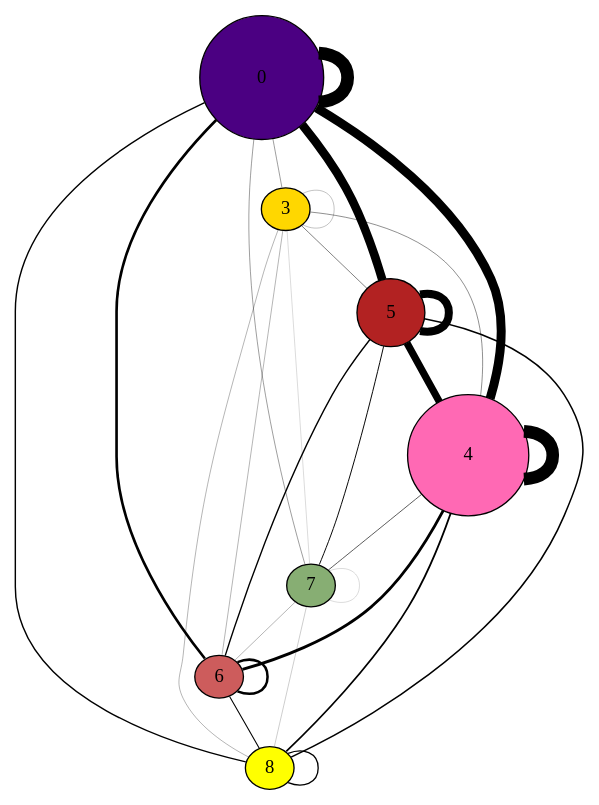
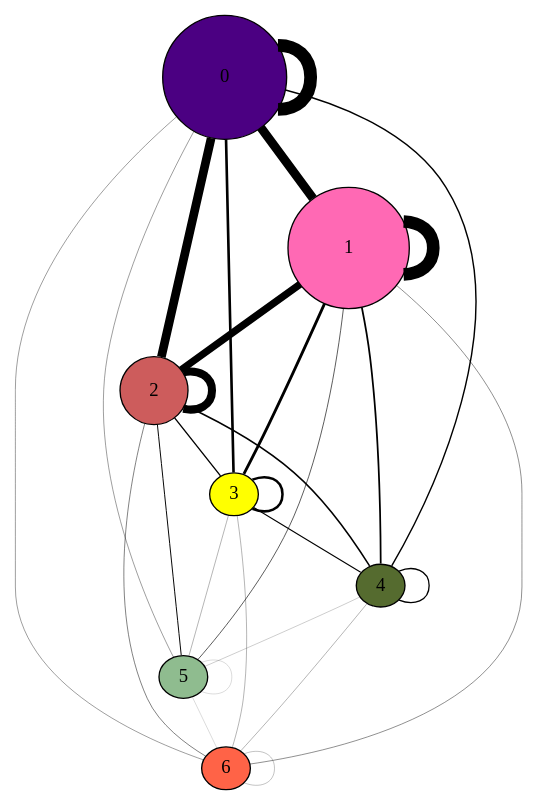
The diagram in img/M_g_regular/graph.dot (addulac/network), drawn with Graphviz before and after one commit. The commit also changed 60 other files, not shown here.

```diff
--- a/img/M_g_regular/graph.dot
+++ b/img/M_g_regular/graph.dot
@@ -1,58 +1,58 @@
 graph  {
 	0	 [fillcolor="#4B0082",
 		height=1.2980841633,
 		style=filled,
 		width=1.2980841633];
 	0 -- 0	 [penwidth=9.59161670377];
-	3	 [fillcolor="#FFD700",
+	1	 [fillcolor="#FF69B4",
+		height=1.2583873999,
+		style=filled,
+		width=1.2583873999];
+	0 -- 1	 [penwidth=6.72515653943];
+	2	 [fillcolor="#CD5C5C",
+		height=0.710572064927,
+		style=filled,
+		width=0.710572064927];
+	0 -- 2	 [penwidth=6.50465960371];
+	3	 [fillcolor="#FFFF00",
+		height=0.440634073782,
+		style=filled,
+		width=0.440634073782];
+	0 -- 3	 [penwidth=1.98447242147];
+	4	 [fillcolor="#556B2F",
+		height=0.166726406296,
+		style=filled,
+		width=0.166726406296];
+	0 -- 4	 [penwidth=1.06573518931];
+	5	 [fillcolor="#8FBC8F",
+		height=0.0516057924249,
+		style=filled,
+		width=0.0516057924249];
+	0 -- 5	 [penwidth=0.293995914292];
+	6	 [fillcolor="#FF6347",
 		height=0.0436664397441,
 		style=filled,
 		width=0.0436664397441];
-	0 -- 3	 [penwidth=0.293995914292];
-	4	 [fillcolor="#FF69B4",
-		height=1.2583873999,
-		style=filled,
-		width=1.2583873999];
-	0 -- 4	 [penwidth=6.72515653943];
-	5	 [fillcolor="#B22222",
-		height=0.710572064927,
-		style=filled,
-		width=0.710572064927];
-	0 -- 5	 [penwidth=6.50465960371];
-	6	 [fillcolor="#CD5C5C",
-		height=0.440634073782,
-		style=filled,
-		width=0.440634073782];
-	0 -- 6	 [penwidth=1.98447242147];
-	7	 [fillcolor="#87AE73",
-		height=0.0516057924249,
-		style=filled,
-		width=0.0516057924249];
-	0 -- 7	 [penwidth=0.293995914292];
-	8	 [fillcolor="#FFFF00",
-		height=0.166726406296,
-		style=filled,
-		width=0.166726406296];
-	0 -- 8	 [penwidth=1.06573518931];
-	3 -- 3	 [penwidth=0.183747446432];
-	3 -- 4	 [penwidth=0.330745403578];
-	3 -- 5	 [penwidth=0.367494892865];
+	0 -- 6	 [penwidth=0.293995914292];
+	1 -- 1	 [penwidth=9.48136823592];
+	1 -- 2	 [penwidth=5.4389244144];
+	1 -- 3	 [penwidth=2.13147037862];
+	1 -- 4	 [penwidth=1.32298161431];
+	1 -- 5	 [penwidth=0.477743360724];
+	1 -- 6	 [penwidth=0.330745403578];
+	2 -- 2	 [penwidth=6.02691624298];
+	2 -- 3	 [penwidth=1.02898570002];
+	2 -- 4	 [penwidth=1.13923416788];
+	2 -- 5	 [penwidth=0.73498978573];
+	2 -- 6	 [penwidth=0.367494892865];
+	3 -- 3	 [penwidth=1.9109734429];
+	3 -- 4	 [penwidth=0.808488764303];
+	3 -- 5	 [penwidth=0.220496935719];
 	3 -- 6	 [penwidth=0.220496935719];
-	3 -- 7	 [penwidth=0.110248467859];
-	3 -- 8	 [penwidth=0.220496935719];
-	4 -- 4	 [penwidth=9.48136823592];
-	4 -- 6	 [penwidth=2.13147037862];
-	4 -- 7	 [penwidth=0.477743360724];
-	4 -- 8	 [penwidth=1.32298161431];
-	5 -- 4	 [penwidth=5.4389244144];
-	5 -- 5	 [penwidth=6.02691624298];
-	5 -- 6	 [penwidth=1.02898570002];
-	5 -- 7	 [penwidth=0.73498978573];
-	5 -- 8	 [penwidth=1.13923416788];
-	6 -- 6	 [penwidth=1.9109734429];
-	6 -- 8	 [penwidth=0.808488764303];
-	7 -- 6	 [penwidth=0.220496935719];
-	7 -- 7	 [penwidth=0.110248467859];
-	7 -- 8	 [penwidth=0.146997957146];
-	8 -- 8	 [penwidth=0.992236210735];
+	4 -- 4	 [penwidth=0.992236210735];
+	4 -- 5	 [penwidth=0.146997957146];
+	4 -- 6	 [penwidth=0.220496935719];
+	5 -- 5	 [penwidth=0.110248467859];
+	5 -- 6	 [penwidth=0.110248467859];
+	6 -- 6	 [penwidth=0.183747446432];
 }
```
